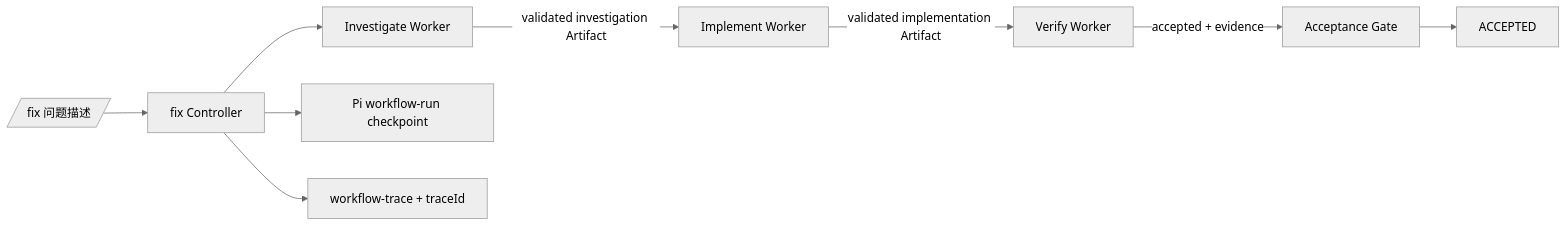
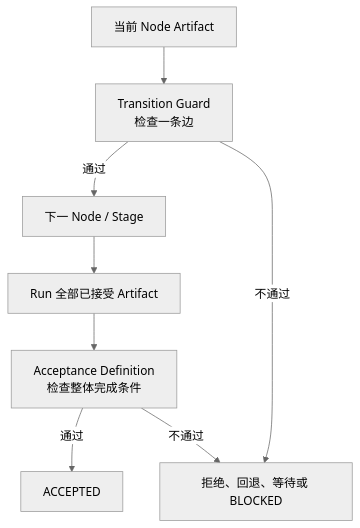
One commit to ZHOUKAILIAN/my-pi-extension changed the sixth of 9 diagrams in docs/02-产品实现/fix-runtime-technical-design.md. Above: the diagram before and after it, drawn with Mermaid (neutral theme). The commit also changed other lines of this file and 2 other files, not shown here.

Commit message:
docs: align fix workflow l2 policy design

````diff
--- a/docs/02-产品实现/fix-runtime-technical-design.md
+++ b/docs/02-产品实现/fix-runtime-technical-design.md
@@ -17,11 +493,17 @@
 ```mermaid
-flowchart LR
-  command[/fix 问题描述/] --> controller[fix Controller]
-  controller --> investigate[Investigate Worker]
-  investigate -->|validated investigation Artifact| implement[Implement Worker]
-  implement -->|validated implementation Artifact| verify[Verify Worker]
-  verify -->|accepted + evidence| gate[Acceptance Gate]
-  gate --> accepted[ACCEPTED]
-  controller --> checkpoint[Pi workflow-run checkpoint]
-  controller --> trace[workflow-trace + traceId]
+flowchart TD
+  artifact[当前 Node Artifact]
+  transition[Transition Guard<br/>检查一条边]
+  next[下一 Node / Stage]
+  allArtifacts[Run 全部已接受 Artifact]
+  acceptance[Acceptance Definition<br/>检查整体完成条件]
+  accepted[ACCEPTED]
+  reject[拒绝、回退、等待或 BLOCKED]
+
+  artifact --> transition
+  transition -->|通过| next
+  transition -->|不通过| reject
+  next --> allArtifacts --> acceptance
+  acceptance -->|通过| accepted
+  acceptance -->|不通过| reject
 ```
````
